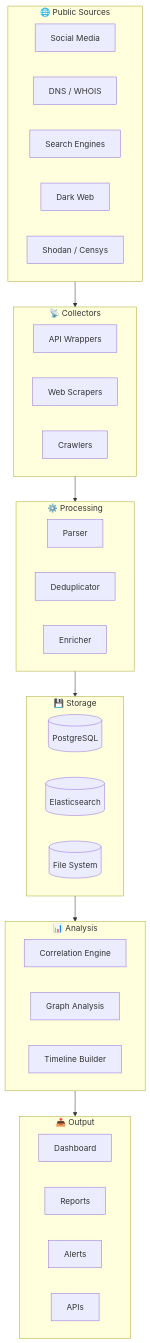
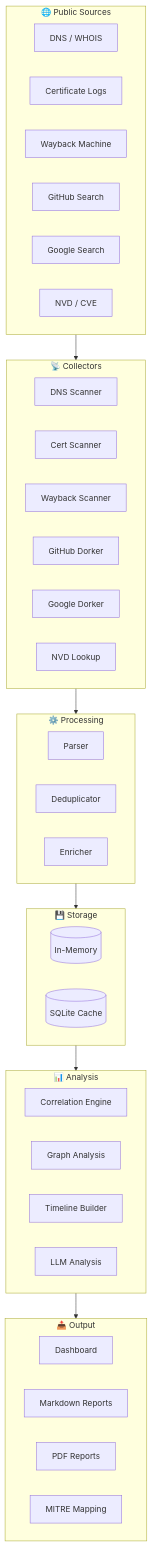
Before and after one commit to Ruby570bocadito/Horizon-Intel: the second of 2 diagrams in README.md, drawn with Mermaid. The commit also changed other lines of this file and 1 other file, not shown here.

````diff
--- a/README.md
+++ b/README.md
@@ -79,47 +89,51 @@
 ```mermaid
 flowchart TD
     subgraph Sources["🌐 Public Sources"]
-        S1[Social Media]
-        S2[DNS / WHOIS]
-        S3[Search Engines]
-        S4[Dark Web]
-        S5[Shodan / Censys]
+        S1[DNS / WHOIS]
+        S2[Certificate Logs]
+        S3[Wayback Machine]
+        S4[GitHub Search]
+        S5[Google Search]
+        S6[NVD / CVE]
     end
 
     subgraph Collectors["📡 Collectors"]
-        C1[API Wrappers]
-        C2[Web Scrapers]
-        C3[Crawlers]
+        C1[DNS Scanner]
+        C2[Cert Scanner]
+        C3[Wayback Scanner]
+        C4[GitHub Dorker]
+        C5[Google Dorker]
+        C6[NVD Lookup]
     end
 
     subgraph Processing["⚙️ Processing"]
         P1[Parser]
         P2[Deduplicator]
         P3[Enricher]
     end
 
     subgraph Storage["💾 Storage"]
-        DB[(PostgreSQL)]
-        ES[(Elasticsearch)]
-        FS[(File System)]
+        DB[(In-Memory)]
+        CA[(SQLite Cache)]
     end
 
     subgraph Analysis["📊 Analysis"]
         A1[Correlation Engine]
         A2[Graph Analysis]
         A3[Timeline Builder]
+        A4[LLM Analysis]
     end
 
     subgraph Output["📤 Output"]
         O1[Dashboard]
-        O2[Reports]
-        O3[Alerts]
-        O4[APIs]
+        O2[Markdown Reports]
+        O3[PDF Reports]
+        O4[MITRE Mapping]
     end
 
     Sources --> Collectors
     Collectors --> Processing
     Processing --> Storage
     Storage --> Analysis
     Analysis --> Output
 ```
````
